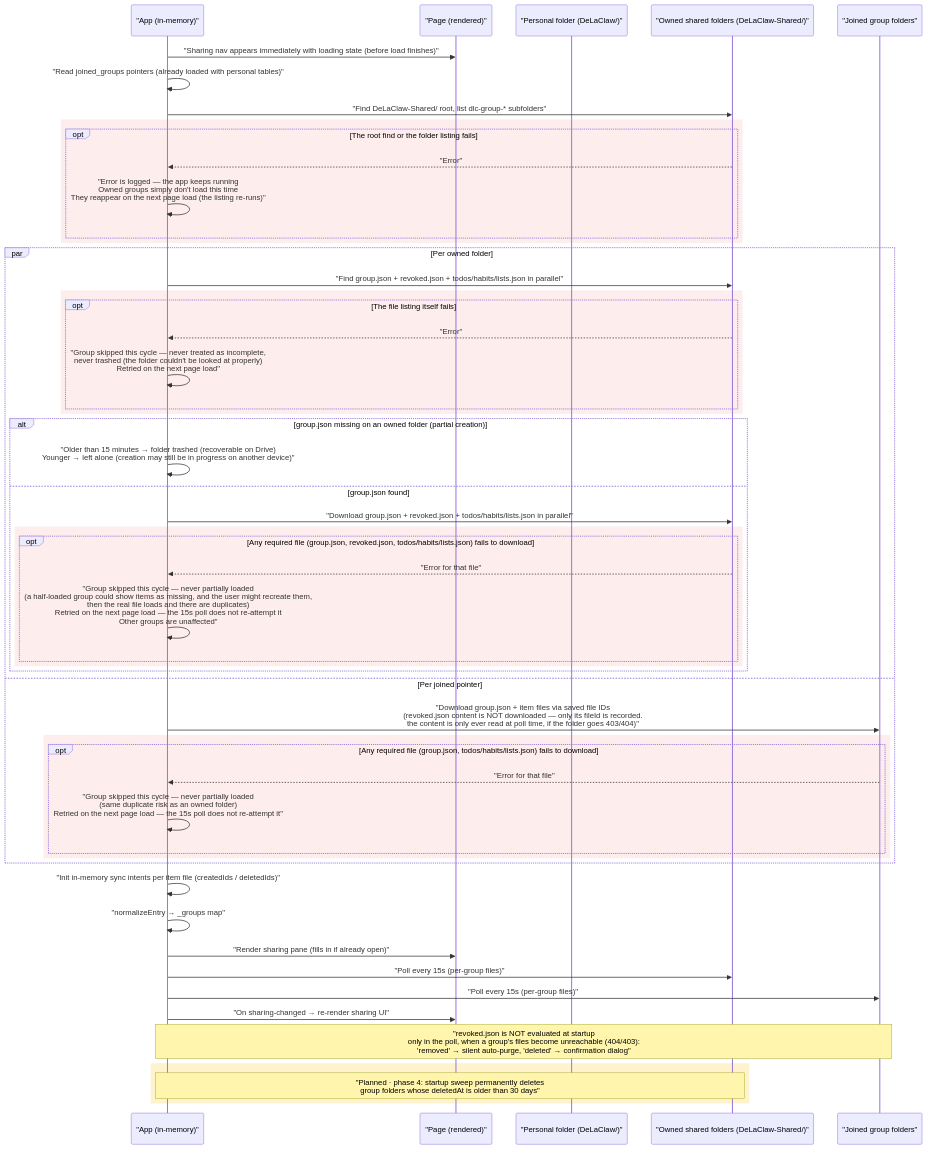
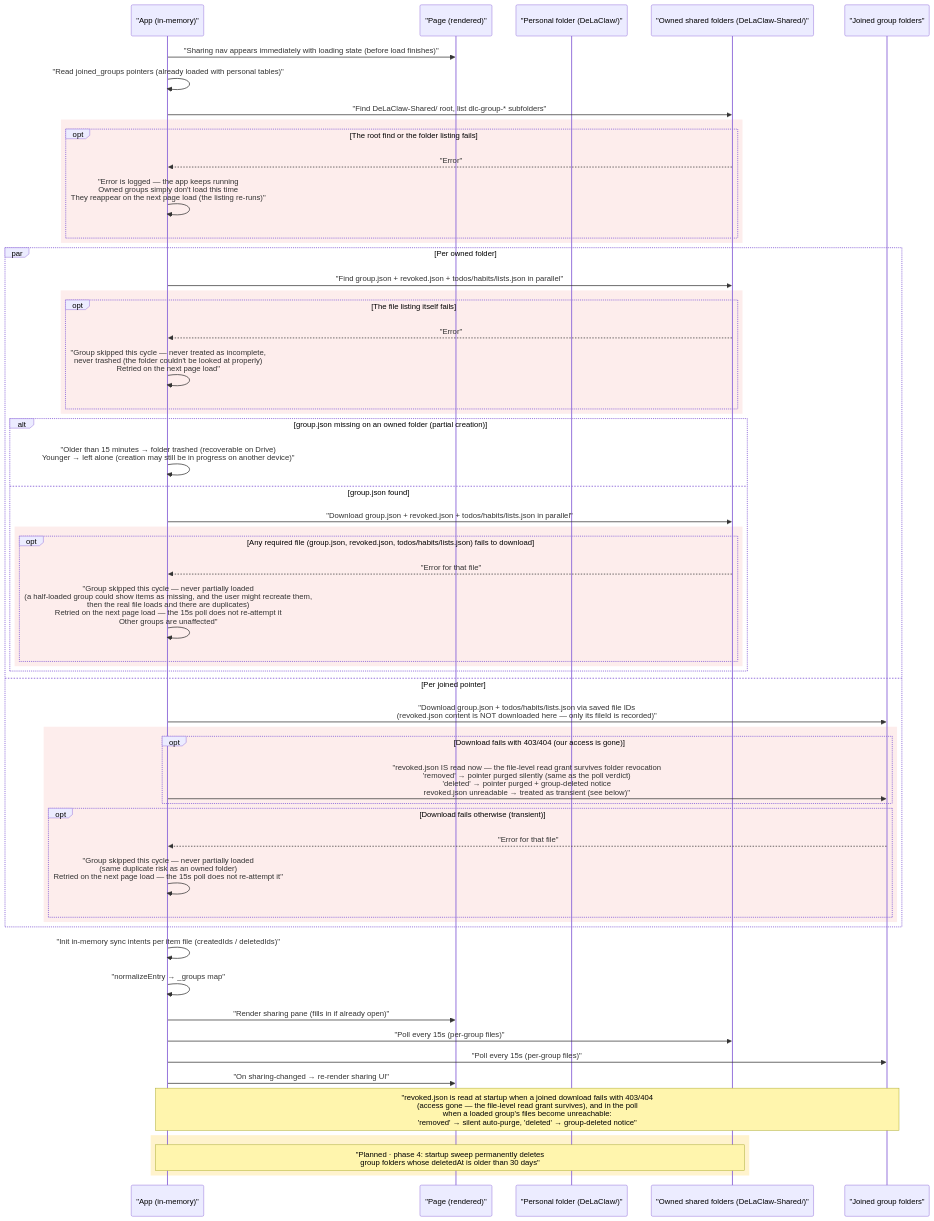
Before and after one commit to AntGro/DeLaClaw: the fourth of 8 diagrams in docs-site/sync-architecture.md, drawn with Mermaid. The commit also changed 7 other files, not shown here.

First line of the commit message:
fix(sharing): consult revoked.json at startup when a joined load loses access

````diff
--- a/docs-site/sync-architecture.md
+++ b/docs-site/sync-architecture.md
@@ -230,61 +230,64 @@
 ```mermaid
 sequenceDiagram
     participant App as "App (in-memory)"
     participant Page as "Page (rendered)"
     participant PF as "Personal folder (DeLaClaw/)"
     participant OWN as "Owned shared folders (DeLaClaw-Shared/)"
     participant JOIN as "Joined group folders"
 
     App->>Page: "Sharing nav appears immediately with loading state (before load finishes)"
     App->>App: "Read joined_groups pointers (already loaded with personal tables)"
     App->>OWN: "Find DeLaClaw-Shared/ root, list dlc-group-* subfolders"
 
     rect rgb(253, 237, 236)
     opt The root find or the folder listing fails
         OWN-->>App: "Error"
         App->>App: "Error is logged — the app keeps running<br/>Owned groups simply don't load this time<br/>They reappear on the next page load (the listing re-runs)"
     end
     end
 
     par Per owned folder
         App->>OWN: "Find group.json + revoked.json + todos/habits/lists.json in parallel"
         rect rgb(253, 237, 236)
         opt The file listing itself fails
             OWN-->>App: "Error"
             App->>App: "Group skipped this cycle — never treated as incomplete,<br/>never trashed (the folder couldn't be looked at properly)<br/>Retried on the next page load"
         end
         end
         alt group.json missing on an owned folder (partial creation)
             App->>App: "Older than 15 minutes → folder trashed (recoverable on Drive)<br/>Younger → left alone (creation may still be in progress on another device)"
         else group.json found
             App->>OWN: "Download group.json + revoked.json + todos/habits/lists.json in parallel"
             rect rgb(253, 237, 236)
             opt Any required file (group.json, revoked.json, todos/habits/lists.json) fails to download
                 OWN-->>App: "Error for that file"
                 App->>App: "Group skipped this cycle — never partially loaded<br/>(a half-loaded group could show items as missing, and the user might recreate them,<br/>then the real file loads and there are duplicates)<br/>Retried on the next page load — the 15s poll does not re-attempt it<br/>Other groups are unaffected"
             end
             end
         end
     and Per joined pointer
-        App->>JOIN: "Download group.json + item files via saved file IDs<br/>(revoked.json content is NOT downloaded — only its fileId is recorded.<br/>the content is only ever read at poll time, if the folder goes 403/404)"
+        App->>JOIN: "Download group.json + todos/habits/lists.json via saved file IDs<br/>(revoked.json content is NOT downloaded here — only its fileId is recorded)"
         rect rgb(253, 237, 236)
-        opt Any required file (group.json, todos/habits/lists.json) fails to download
+        opt Download fails with 403/404 (our access is gone)
+            App->>JOIN: "revoked.json IS read now — the file-level read grant survives folder revocation<br/>'removed' → pointer purged silently (same as the poll verdict)<br/>'deleted' → pointer purged + group-deleted notice<br/>revoked.json unreadable → treated as transient (see below)"
+        end
+        opt Download fails otherwise (transient)
             JOIN-->>App: "Error for that file"
             App->>App: "Group skipped this cycle — never partially loaded<br/>(same duplicate risk as an owned folder)<br/>Retried on the next page load — the 15s poll does not re-attempt it"
         end
         end
     end
 
     App->>App: "Init in-memory sync intents per item file (createdIds / deletedIds)"
     App->>App: "normalizeEntry → _groups map"
     App->>Page: "Render sharing pane (fills in if already open)"
     App->>OWN: "Poll every 15s (per-group files)"
     App->>JOIN: "Poll every 15s (per-group files)"
     App->>Page: "On sharing-changed → re-render sharing UI"
 
-    Note over App,JOIN: "revoked.json is NOT evaluated at startup<br/>only in the poll, when a group's files become unreachable (404/403):<br/>'removed' → silent auto-purge, 'deleted' → confirmation dialog"
+    Note over App,JOIN: "revoked.json is read at startup when a joined download fails with 403/404<br/>(access gone — the file-level read grant survives), and in the poll<br/>when a loaded group's files become unreachable:<br/>'removed' → silent auto-purge, 'deleted' → group-deleted notice"
 
     rect rgb(255, 243, 205)
     Note over App,OWN: "Planned · phase 4: startup sweep permanently deletes<br/>group folders whose deletedAt is older than 30 days"
     end
 ```
````
